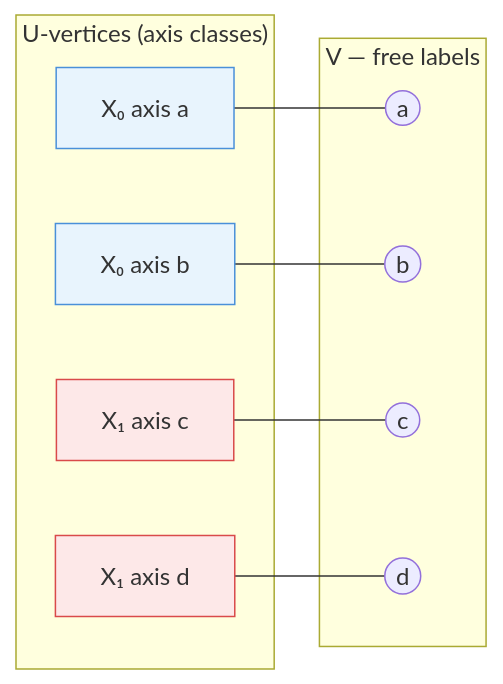
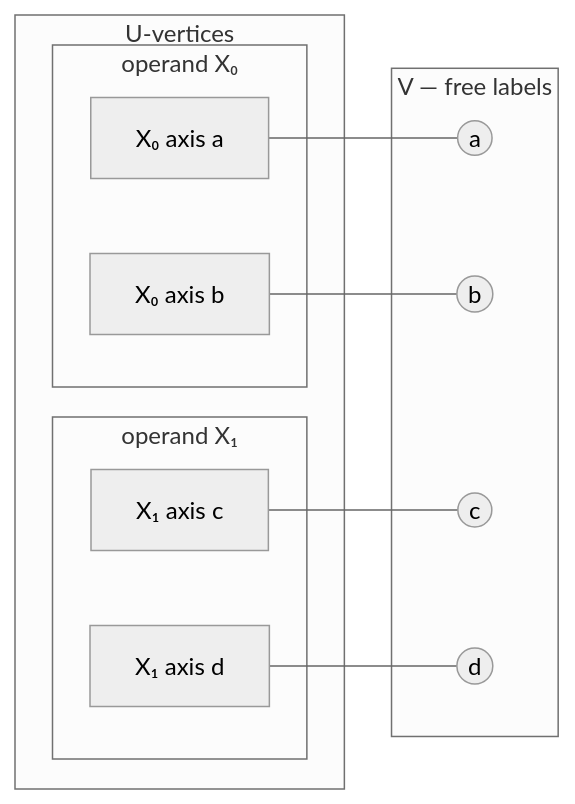
The third of 3 diagrams in docs/explanation/subgraph-symmetry.md (AIcrowd/whest), drawn with Mermaid before and after one commit. The commit also changed other lines of this file, not shown here.

First line of the commit message:
docs: fix mermaid diagrams and remove deleted-code section

````diff
--- a/docs/explanation/subgraph-symmetry.md
+++ b/docs/explanation/subgraph-symmetry.md
@@ -228,26 +217,21 @@
 ```mermaid
-graph LR
-    subgraph U ["U-vertices (axis classes)"]
-        u0a["X₀ axis a"]
-        u0b["X₀ axis b"]
-        u1c["X₁ axis c"]
-        u1d["X₁ axis d"]
+%%{init: {'theme': 'neutral'}}%%
+flowchart LR
+    u0a["X₀ axis a"] --- a((a))
+    u0b["X₀ axis b"] --- b((b))
+    u1c["X₁ axis c"] --- c((c))
+    u1d["X₁ axis d"] --- d((d))
+
+    subgraph U [U-vertices]
+        subgraph grp0 [operand X₀]
+            u0a; u0b
+        end
+        subgraph grp1 [operand X₁]
+            u1c; u1d
+        end
     end
 
-    subgraph V ["V — free labels"]
-        a((a))
-        b((b))
-        c((c))
-        d((d))
+    subgraph V [V — free labels]
+        a; b; c; d
     end
-
-    u0a --- a
-    u0b --- b
-    u1c --- c
-    u1d --- d
-
-    style u0a fill:#e8f4fd,stroke:#4a90d9
-    style u0b fill:#e8f4fd,stroke:#4a90d9
-    style u1c fill:#fde8e8,stroke:#d94a4a
-    style u1d fill:#fde8e8,stroke:#d94a4a
 ```
````
